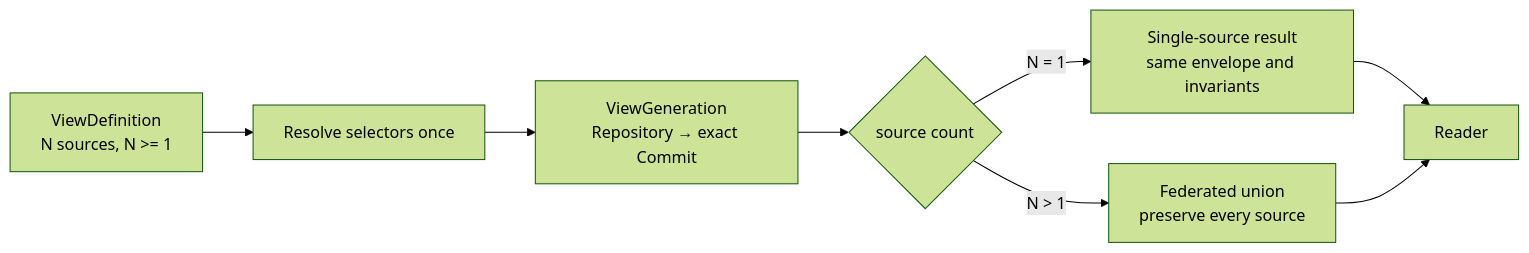
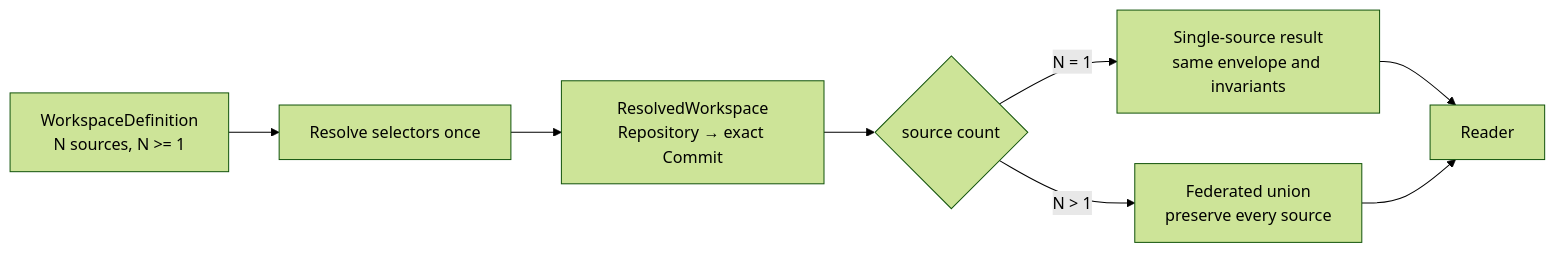
The second of 17 diagrams in docs/KNOWLEDGE_CATALOG_DESIGN.md (AlexKaiqi/knowledge-catalog), drawn with Mermaid (forest theme) before and after one commit. The commit also changed other lines of this file and 183 other files, not shown here.

````diff
--- a/docs/KNOWLEDGE_CATALOG_DESIGN.md
+++ b/docs/KNOWLEDGE_CATALOG_DESIGN.md
@@ -284,11 +285,11 @@
 ```mermaid
 %% diagram:single-protocol-cardinality
 flowchart LR
-  VD[ViewDefinition<br/>N sources, N >= 1] --> R[Resolve selectors once]
-  R --> VG[ViewGeneration<br/>Repository → exact Commit]
+  VD[WorkspaceDefinition<br/>N sources, N >= 1] --> R[Resolve selectors once]
+  R --> VG[ResolvedWorkspace<br/>Repository → exact Commit]
   VG --> ONE{source count}
   ONE -->|N = 1| S[Single-source result<br/>same envelope and invariants]
   ONE -->|N > 1| M[Federated union<br/>preserve every source]
   S --> A[Reader]
   M --> A
 ```
````
